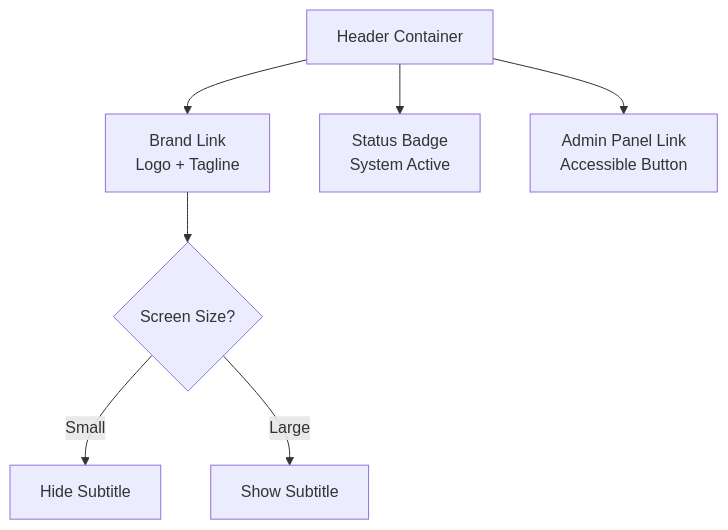
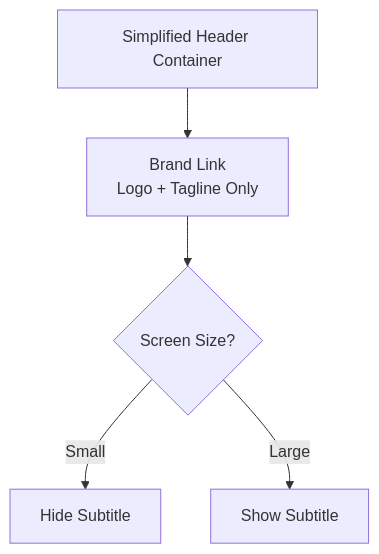
The fifth of 8 diagrams in .qoder/repowiki/en/content/Frontend Components/Blade Templates/Layout System.md (Dikksap/laravel_RsvHelmet), drawn with Mermaid before and after one commit. The commit also changed other lines of this file and 102 other files, not shown here.

````diff
--- a/.qoder/repowiki/en/content/Frontend Components/Blade Templates/Layout System.md
+++ b/.qoder/repowiki/en/content/Frontend Components/Blade Templates/Layout System.md
@@ -204,9 +216,7 @@
 ```mermaid
 flowchart TD
-HeaderStart["Header Container"] --> Brand["Brand Link<br/>Logo + Tagline"]
-HeaderStart --> Status["Status Badge<br/>System Active"]
-HeaderStart --> AdminLink["Admin Panel Link<br/>Accessible Button"]
+HeaderStart["Simplified Header Container"] --> Brand["Brand Link<br/>Logo + Tagline Only"]
 Brand --> ResponsiveCheck{"Screen Size?"}
 ResponsiveCheck --> |Small| HideTagline["Hide Subtitle"]
 ResponsiveCheck --> |Large| ShowTagline["Show Subtitle"]
 ```
````
